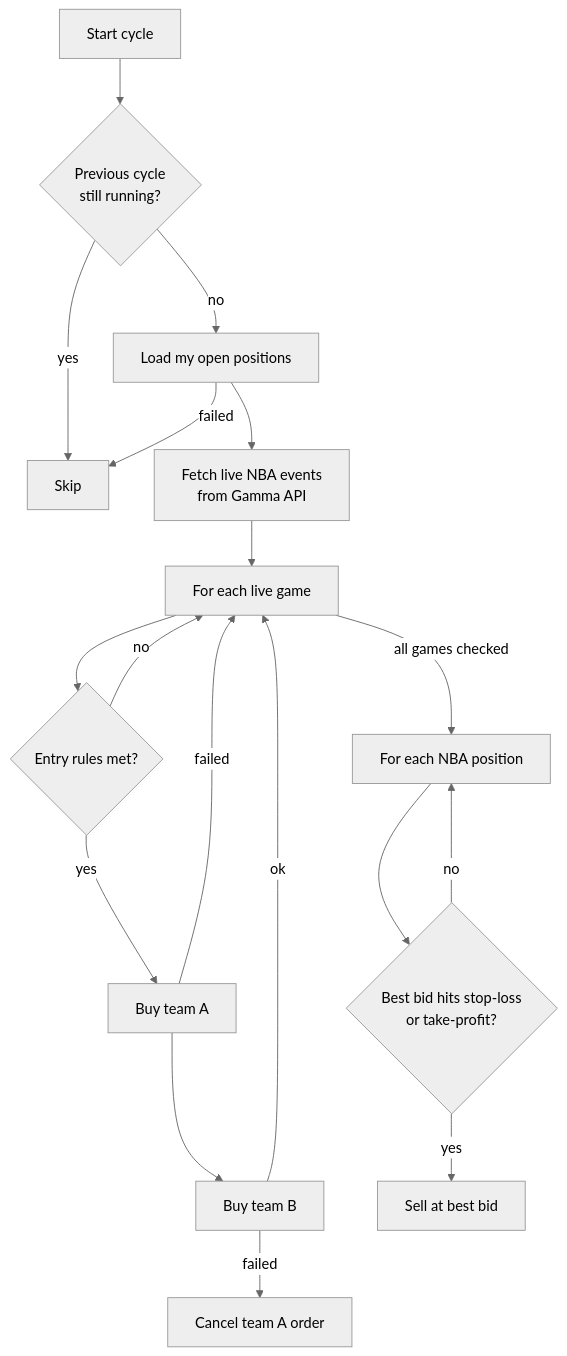
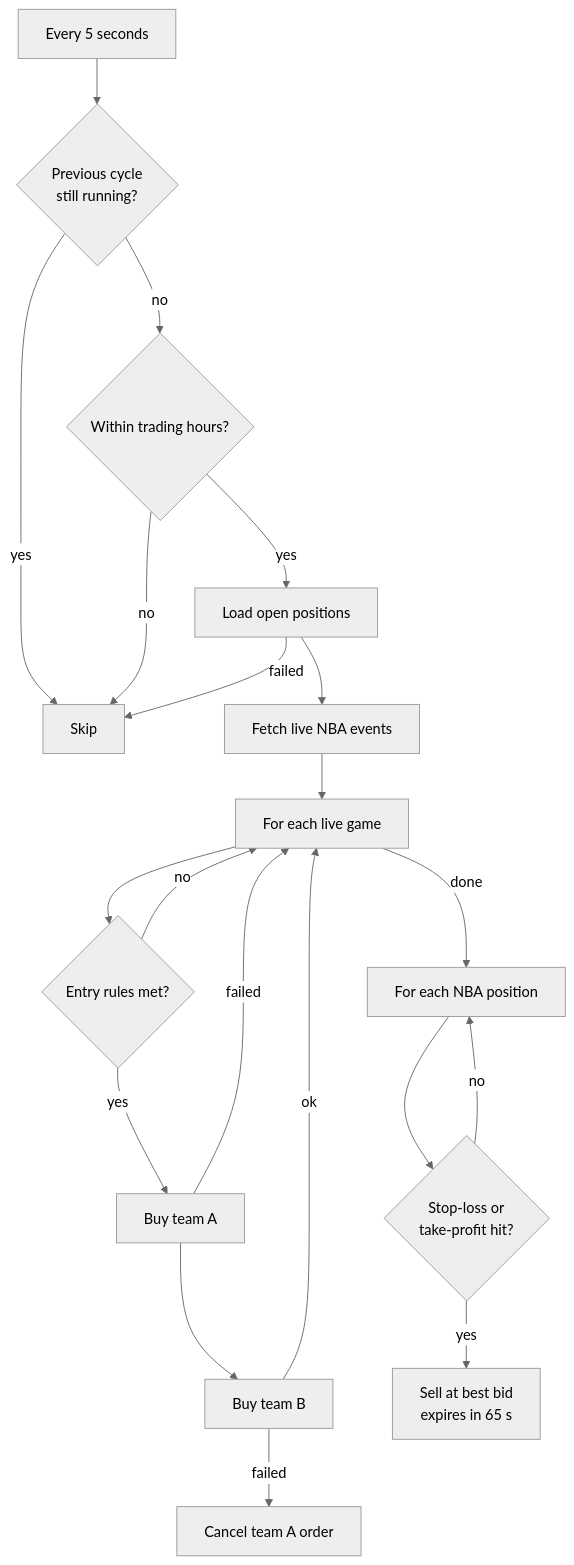
Before and after one commit to rafiulhc/polymarket-nba-bot-starter: the first of 2 diagrams in README.md, drawn with Mermaid (neutral theme). The commit also changed other lines of this file and 17 other files, not shown here.

````diff
--- a/README.md
+++ b/README.md
@@ -64,20 +95,22 @@
 ```mermaid
 flowchart TD
-    A[Start cycle] --> B{Previous cycle<br/>still running?}
+    A[Every 5 seconds] --> B{Previous cycle<br/>still running?}
     B -- yes --> Z[Skip]
-    B -- no --> C[Load my open positions]
+    B -- no --> T{Within trading hours?}
+    T -- no --> Z
+    T -- yes --> C[Load open positions]
     C -- failed --> Z
-    C --> D[Fetch live NBA events<br/>from Gamma API]
+    C --> D[Fetch live NBA events]
     D --> E[For each live game]
     E --> F{Entry rules met?}
     F -- no --> E
     F -- yes --> G[Buy team A]
     G -- failed --> E
     G --> H[Buy team B]
     H -- failed --> I[Cancel team A order]
     H -- ok --> E
-    E -- all games checked --> J[For each NBA position]
-    J --> K{Best bid hits stop-loss<br/>or take-profit?}
-    K -- yes --> L[Sell at best bid]
+    E -- done --> J[For each NBA position]
+    J --> K{Stop-loss or<br/>take-profit hit?}
+    K -- yes --> L[Sell at best bid<br/>expires in 65 s]
     K -- no --> J
 ```
````
